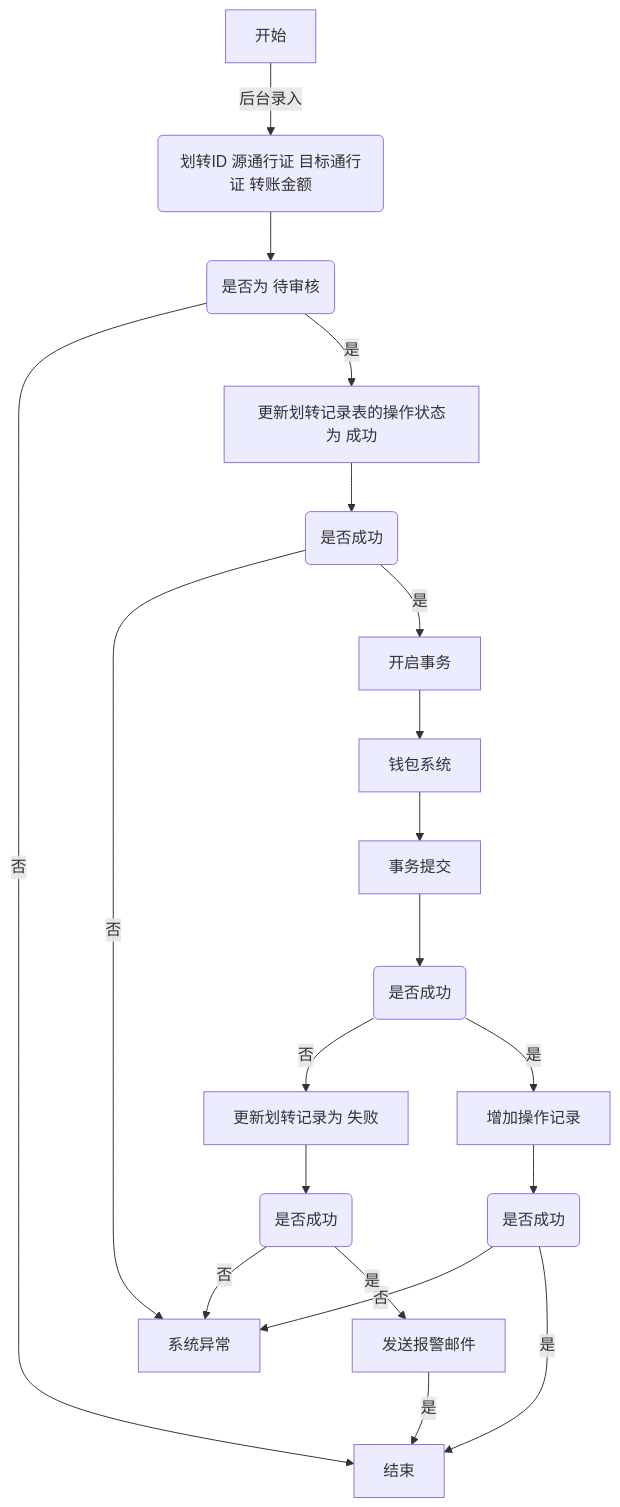
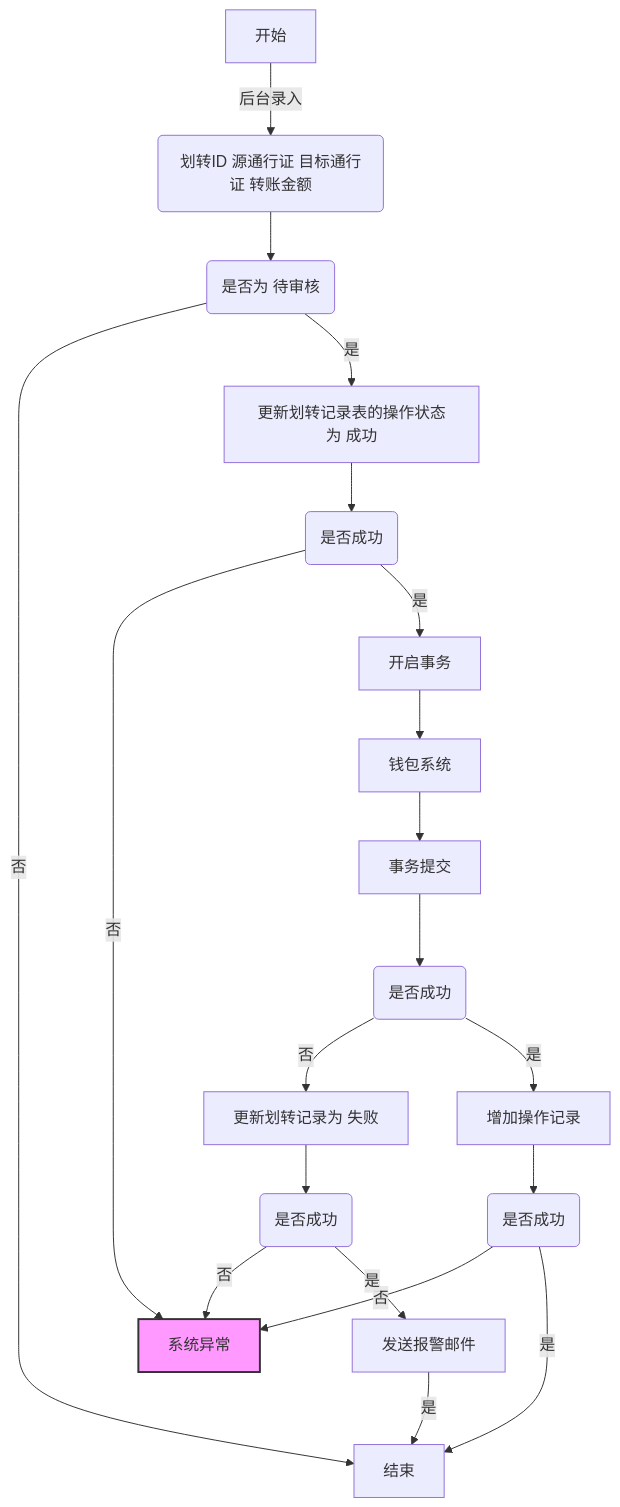
Before and after one commit to ma-luyang/shimobang: the diagram in README.md, drawn with Mermaid.

````diff
--- a/README.md
+++ b/README.md
@@ -3,27 +3,29 @@
 ```mermaid
 flowchart TB
     A[开始] -->|后台录入| B(划转ID 源通行证 目标通行证 转账金额)
     
     B --> C(是否为 待审核);
     C -->|否|Z[结束];
     C -->|是|D[更新划转记录表的操作状态为 成功];
     
     D --> E(是否成功);
     E -->|否|X[系统异常];
     E -->|是|F[开启事务];
     F --> G[钱包系统];
     G --> H[事务提交];
     
     H --> I(是否成功);
     I -->|否|J[更新划转记录为 失败];
     I -->|是|K[增加操作记录];
     
     K --> L(是否成功);
     L -->|否|X[系统异常];
     L -->|是|Z[结束];
     
     J --> M(是否成功);
     M -->|否|X[系统异常];
     M -->|是|N[发送报警邮件];
     N -->|是|Z[结束];
+    
+    style X fill:#f9f,stroke:#333,stroke-width:2px
 ```
````
